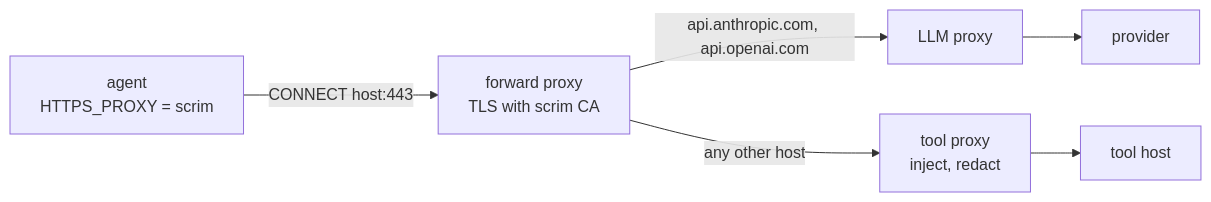
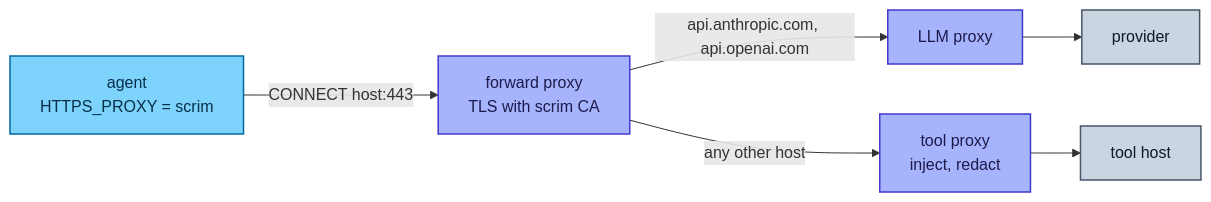
The second of 9 diagrams in docs/interception.md (Heliopsy/scrim), drawn with Mermaid before and after one commit. The commit also changed other lines of this file and 6 other files, not shown here.

Commit message:
docs: new scrim logo and colour-coded mermaid diagrams

````diff
--- a/docs/interception.md
+++ b/docs/interception.md
@@ -229,8 +243,14 @@
 ```mermaid
 flowchart LR
   agent["agent<br>HTTPS_PROXY = scrim"] -- "CONNECT host:443" --> fwd["forward proxy<br>TLS with scrim CA"]
   fwd -- "api.anthropic.com, api.openai.com" --> llm["LLM proxy"]
   fwd -- "any other host" --> tp["tool proxy<br>inject, redact"]
   llm --> prov["provider"]
   tp --> host["tool host"]
+  classDef agent fill:#7dd3fc,stroke:#0369a1,stroke-width:1.5px,color:#082f49
+  classDef dplane fill:#a5b4fc,stroke:#4338ca,stroke-width:1.5px,color:#1e1b4b
+  classDef ext fill:#cbd5e1,stroke:#475569,stroke-width:1.5px,color:#0f172a
+  class agent agent
+  class fwd,llm,tp dplane
+  class prov,host ext
 ```
````
